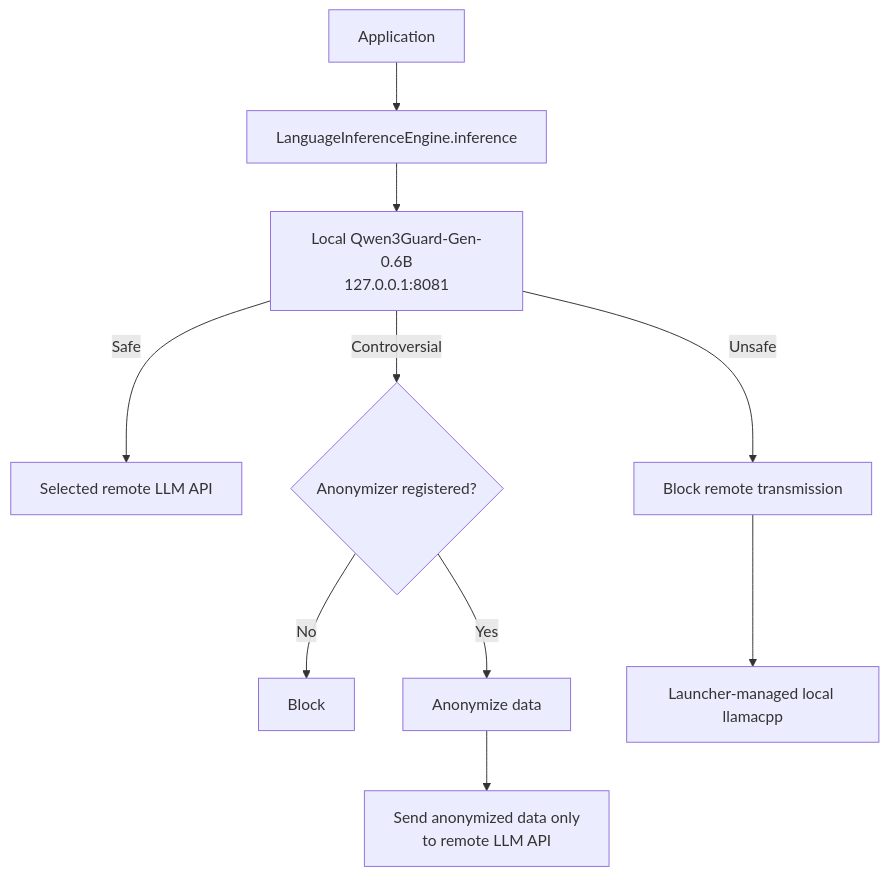
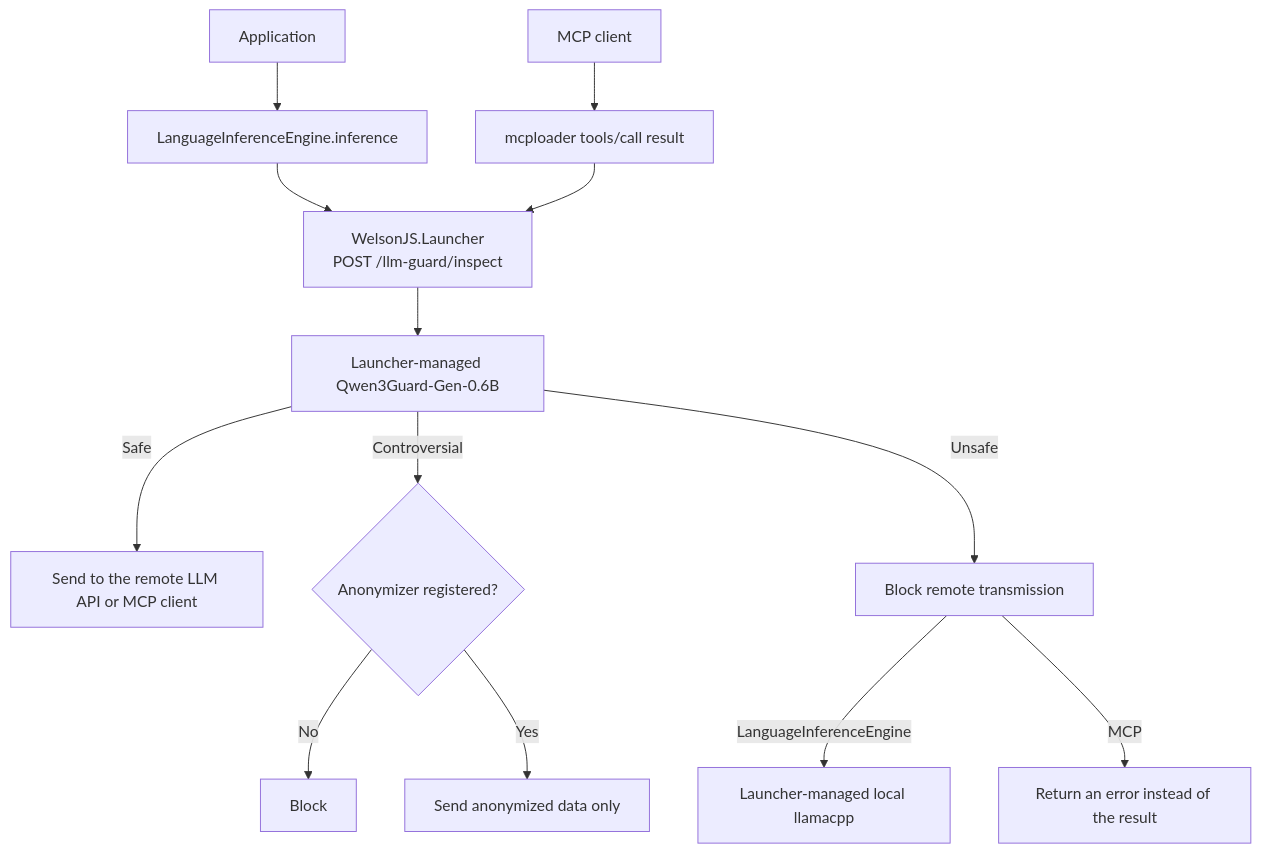
The first of 3 diagrams in docs/llm-guard-flow.en.md (gnh1201/welsonjs), drawn with Mermaid before and after one commit. The commit also changed other lines of this file and 32 other files, not shown here.

First line of the commit message:
Add launcher-managed LLM guard

````diff
--- a/docs/llm-guard-flow.en.md
+++ b/docs/llm-guard-flow.en.md
@@ -9,12 +9,15 @@
 ```mermaid
 flowchart TD
     A[Application] --> B[LanguageInferenceEngine.inference]
-    B --> C[Local Qwen3Guard-Gen-0.6B<br/>127.0.0.1:8081]
-    C -->|Safe| D[Selected remote LLM API]
-    C -->|Controversial| E{Anonymizer registered?}
+    M[MCP client] --> N[mcploader tools/call result]
+    B --> C[WelsonJS.Launcher<br/>POST /llm-guard/inspect]
+    N --> C
+    C --> Q[Launcher-managed Qwen3Guard-Gen-0.6B]
+    Q -->|Safe| D[Send to the remote LLM API or MCP client]
+    Q -->|Controversial| E{Anonymizer registered?}
     E -->|No| F[Block]
-    E -->|Yes| G[Anonymize data]
-    G --> H[Send anonymized data only<br/>to remote LLM API]
-    C -->|Unsafe| I[Block remote transmission]
-    I --> J[Launcher-managed local llamacpp]
+    E -->|Yes| G[Send anonymized data only]
+    Q -->|Unsafe| I[Block remote transmission]
+    I -->|LanguageInferenceEngine| J[Launcher-managed local llamacpp]
+    I -->|MCP| K[Return an error instead of the result]
 ```
````
